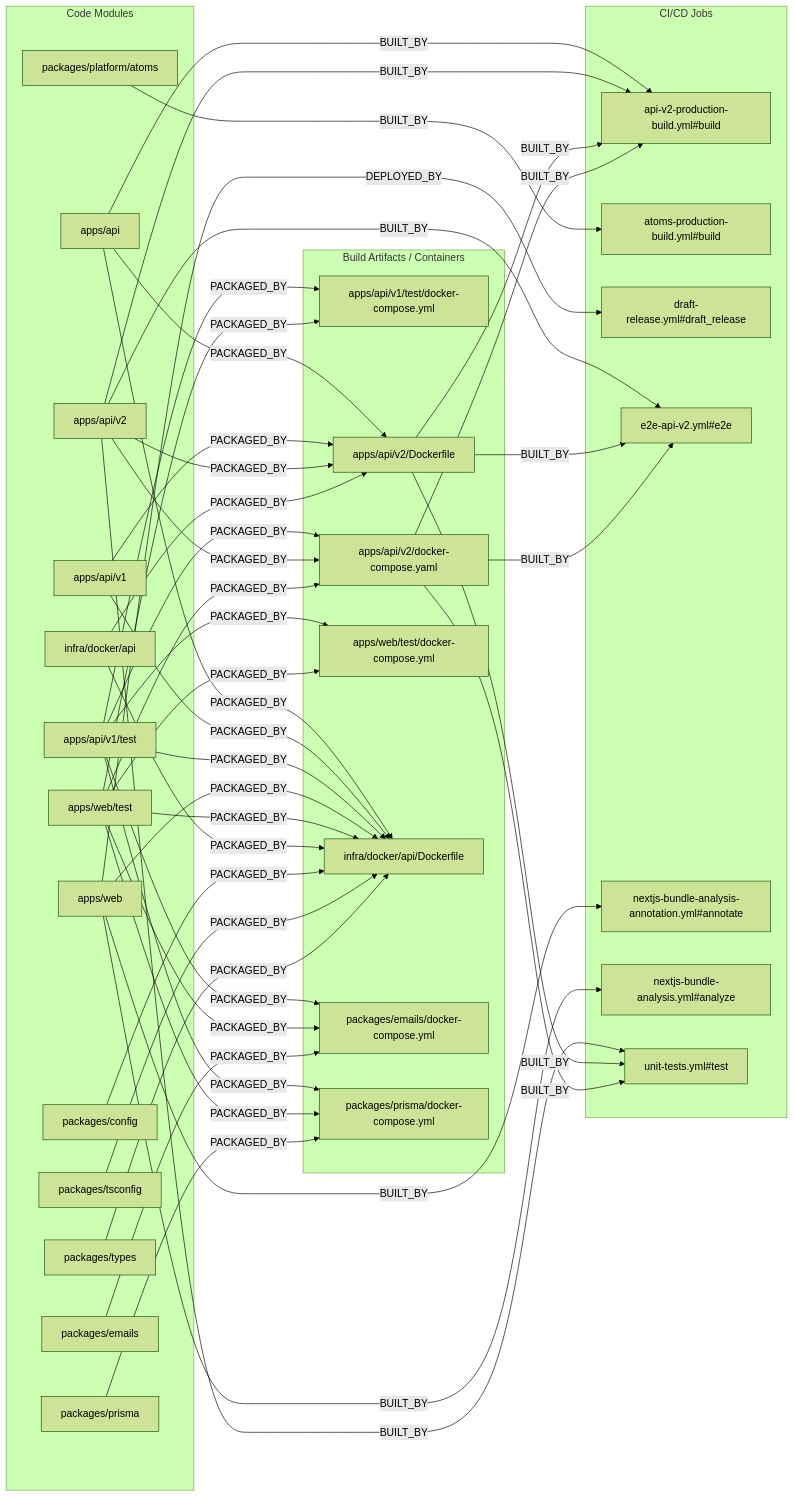
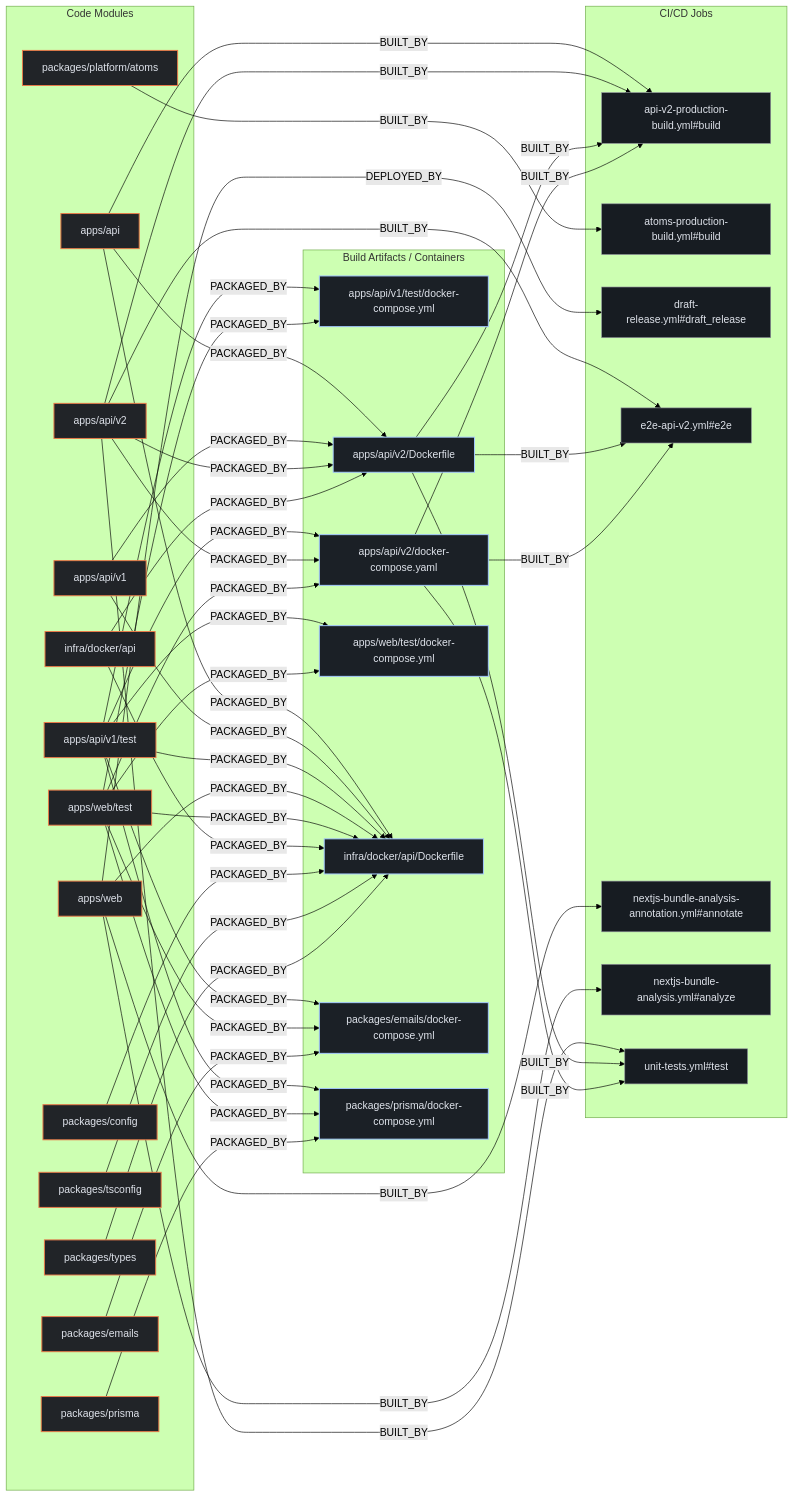
One commit to kumarshaz/atruss-code-atlas changed the second of 3 diagrams in exports/latest/reports/calcom-cal.diy-report.md. Above: the diagram before and after it, drawn with Mermaid (forest theme). The commit also changed other lines of this file and 331 other files, not shown here.

Commit message:
docs,ui,fix: update SDLC docs, reorder CI/CD DAG first, stylize Mermaid, and fix Arc42 pipeline topology

````diff
--- a/exports/latest/reports/calcom-cal.diy-report.md
+++ b/exports/latest/reports/calcom-cal.diy-report.md
@@ -298,76 +305,80 @@
 ```mermaid
 flowchart LR
+    classDef atlasCategory fill:#212428,stroke:#E87A48,stroke-width:1.5px,color:#dfe3eb
+    classDef atlasWorkflow fill:#1b2026,stroke:#a3c9ff,stroke-width:1.5px,color:#dfe3eb
+    classDef atlasJob fill:#171c22,stroke:#8d9199,stroke-width:1px,color:#dfe3eb
+    classDef atlasTarget fill:#005227,stroke:#8bd99b,stroke-width:1.5px,color:#a7f6b6
     subgraph code_modules["Code Modules"]
-        mod_apps_api["apps/api"]
-        mod_apps_api_v1["apps/api/v1"]
-        mod_apps_api_v1_test["apps/api/v1/test"]
-        mod_apps_api_v2["apps/api/v2"]
-        mod_apps_web["apps/web"]
-        mod_apps_web_test["apps/web/test"]
-        mod_infra_docker_api["infra/docker/api"]
-        mod_packages_config["packages/config"]
-        mod_packages_emails["packages/emails"]
-        mod_packages_platform_atoms["packages/platform/atoms"]
-        mod_packages_prisma["packages/prisma"]
-        mod_packages_tsconfig["packages/tsconfig"]
-        mod_packages_types["packages/types"]
+        mod_apps_api["apps/api"]:::atlasCategory
+        mod_apps_api_v1["apps/api/v1"]:::atlasCategory
+        mod_apps_api_v1_test["apps/api/v1/test"]:::atlasCategory
+        mod_apps_api_v2["apps/api/v2"]:::atlasCategory
+        mod_apps_web["apps/web"]:::atlasCategory
+        mod_apps_web_test["apps/web/test"]:::atlasCategory
+        mod_infra_docker_api["infra/docker/api"]:::atlasCategory
+        mod_packages_config["packages/config"]:::atlasCategory
+        mod_packages_emails["packages/emails"]:::atlasCategory
+        mod_packages_platform_atoms["packages/platform/atoms"]:::atlasCategory
+        mod_packages_prisma["packages/prisma"]:::atlasCategory
+        mod_packages_tsconfig["packages/tsconfig"]:::atlasCategory
+        mod_packages_types["packages/types"]:::atlasCategory
     end
     subgraph build_artifacts["Build Artifacts / Containers"]
-        art_apps_api_v1_test_docker_compose_yml["apps/api/v1/test/docker-compose.yml"]
-        art_apps_api_v2_Dockerfile["apps/api/v2/Dockerfile"]
-        art_apps_api_v2_docker_compose_yaml["apps/api/v2/docker-compose.yaml"]
-        art_apps_web_test_docker_compose_yml["apps/web/test/docker-compose.yml"]
-        art_infra_docker_api_Dockerfile["infra/docker/api/Dockerfile"]
-        art_packages_emails_docker_compose_yml["packages/emails/docker-compose.yml"]
-        art_packages_prisma_docker_compose_yml["packages/prisma/docker-compose.yml"]
+        art_apps_api_v1_test_docker_compose_yml["apps/api/v1/test/docker-compose.yml"]:::atlasWorkflow
+        art_apps_api_v2_Dockerfile["apps/api/v2/Dockerfile"]:::atlasWorkflow
+        art_apps_api_v2_docker_compose_yaml["apps/api/v2/docker-compose.yaml"]:::atlasWorkflow
+        art_apps_web_test_docker_compose_yml["apps/web/test/docker-compose.yml"]:::atlasWorkflow
+        art_infra_docker_api_Dockerfile["infra/docker/api/Dockerfile"]:::atlasWorkflow
+        art_packages_emails_docker_compose_yml["packages/emails/docker-compose.yml"]:::atlasWorkflow
+        art_packages_prisma_docker_compose_yml["packages/prisma/docker-compose.yml"]:::atlasWorkflow
     end
     subgraph ci_jobs["CI/CD Jobs"]
-        job_api_v2_production_build_yml_build["api-v2-production-build.yml#build"]
-        job_atoms_production_build_yml_build["atoms-production-build.yml#build"]
-        job_draft_release_yml_draft_release["draft-release.yml#draft_release"]
-        job_e2e_api_v2_yml_e2e["e2e-api-v2.yml#e2e"]
-        job_nextjs_bundle_analysis_annotation_yml_annotate["nextjs-bundle-analysis-annotation.yml#annotate"]
-        job_nextjs_bundle_analysis_yml_analyze["nextjs-bundle-analysis.yml#analyze"]
-        job_unit_tests_yml_test["unit-tests.yml#test"]
+        job_api_v2_production_build_yml_build["api-v2-production-build.yml#build"]:::atlasJob
+        job_atoms_production_build_yml_build["atoms-production-build.yml#build"]:::atlasJob
+        job_draft_release_yml_draft_release["draft-release.yml#draft_release"]:::atlasJob
+        job_e2e_api_v2_yml_e2e["e2e-api-v2.yml#e2e"]:::atlasJob
+        job_nextjs_bundle_analysis_annotation_yml_annotate["nextjs-bundle-analysis-annotation.yml#annotate"]:::atlasJob
+        job_nextjs_bundle_analysis_yml_analyze["nextjs-bundle-analysis.yml#analyze"]:::atlasJob
+        job_unit_tests_yml_test["unit-tests.yml#test"]:::atlasJob
     end
     mod_apps_api -->|BUILT_BY| job_api_v2_production_build_yml_build
     mod_apps_api -->|PACKAGED_BY| art_apps_api_v2_Dockerfile
     mod_apps_api -->|PACKAGED_BY| art_infra_docker_api_Dockerfile
     mod_apps_api_v1 -->|PACKAGED_BY| art_apps_api_v2_Dockerfile
     mod_apps_api_v1 -->|PACKAGED_BY| art_infra_docker_api_Dockerfile
     mod_apps_api_v1_test -->|PACKAGED_BY| art_apps_api_v1_test_docker_compose_yml
     mod_apps_api_v1_test -->|PACKAGED_BY| art_apps_api_v2_docker_compose_yaml
     mod_apps_api_v1_test -->|PACKAGED_BY| art_apps_web_test_docker_compose_yml
     mod_apps_api_v1_test -->|PACKAGED_BY| art_infra_docker_api_Dockerfile
     mod_apps_api_v1_test -->|PACKAGED_BY| art_packages_emails_docker_compose_yml
     mod_apps_api_v1_test -->|PACKAGED_BY| art_packages_prisma_docker_compose_yml
     mod_apps_api_v2 -->|BUILT_BY| job_api_v2_production_build_yml_build
     mod_apps_api_v2 -->|BUILT_BY| job_e2e_api_v2_yml_e2e
     mod_apps_api_v2 -->|BUILT_BY| job_unit_tests_yml_test
     mod_apps_api_v2 -->|PACKAGED_BY| art_apps_api_v2_Dockerfile
     mod_apps_api_v2 -->|PACKAGED_BY| art_apps_api_v2_docker_compose_yaml
     mod_apps_web -->|BUILT_BY| job_nextjs_bundle_analysis_annotation_yml_annotate
     mod_apps_web -->|BUILT_BY| job_nextjs_bundle_analysis_yml_analyze
     mod_apps_web -->|DEPLOYED_BY| job_draft_release_yml_draft_release
     mod_apps_web -->|PACKAGED_BY| art_infra_docker_api_Dockerfile
     mod_apps_web_test -->|PACKAGED_BY| art_apps_api_v1_test_docker_compose_yml
     mod_apps_web_test -->|PACKAGED_BY| art_apps_api_v2_docker_compose_yaml
     mod_apps_web_test -->|PACKAGED_BY| art_apps_web_test_docker_compose_yml
     mod_apps_web_test -->|PACKAGED_BY| art_infra_docker_api_Dockerfile
     mod_apps_web_test -->|PACKAGED_BY| art_packages_emails_docker_compose_yml
     mod_apps_web_test -->|PACKAGED_BY| art_packages_prisma_docker_compose_yml
     mod_infra_docker_api -->|PACKAGED_BY| art_apps_api_v2_Dockerfile
     mod_infra_docker_api -->|PACKAGED_BY| art_infra_docker_api_Dockerfile
     mod_packages_config -->|PACKAGED_BY| art_infra_docker_api_Dockerfile
     mod_packages_emails -->|PACKAGED_BY| art_packages_emails_docker_compose_yml
     mod_packages_platform_atoms -->|BUILT_BY| job_atoms_production_build_yml_build
     mod_packages_prisma -->|PACKAGED_BY| art_packages_prisma_docker_compose_yml
     mod_packages_tsconfig -->|PACKAGED_BY| art_infra_docker_api_Dockerfile
     mod_packages_types -->|PACKAGED_BY| art_infra_docker_api_Dockerfile
     art_apps_api_v2_Dockerfile -->|BUILT_BY| job_api_v2_production_build_yml_build
     art_apps_api_v2_Dockerfile -->|BUILT_BY| job_e2e_api_v2_yml_e2e
     art_apps_api_v2_Dockerfile -->|BUILT_BY| job_unit_tests_yml_test
     art_apps_api_v2_docker_compose_yaml -->|BUILT_BY| job_api_v2_production_build_yml_build
     art_apps_api_v2_docker_compose_yaml -->|BUILT_BY| job_e2e_api_v2_yml_e2e
     art_apps_api_v2_docker_compose_yaml -->|BUILT_BY| job_unit_tests_yml_test
 ```
````
